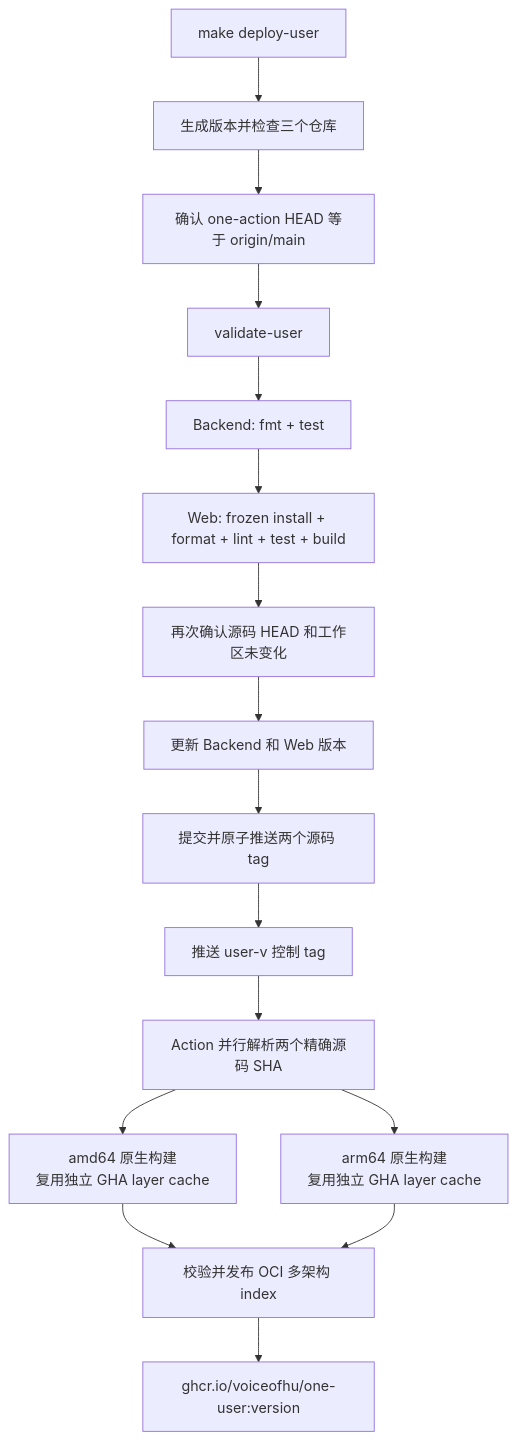
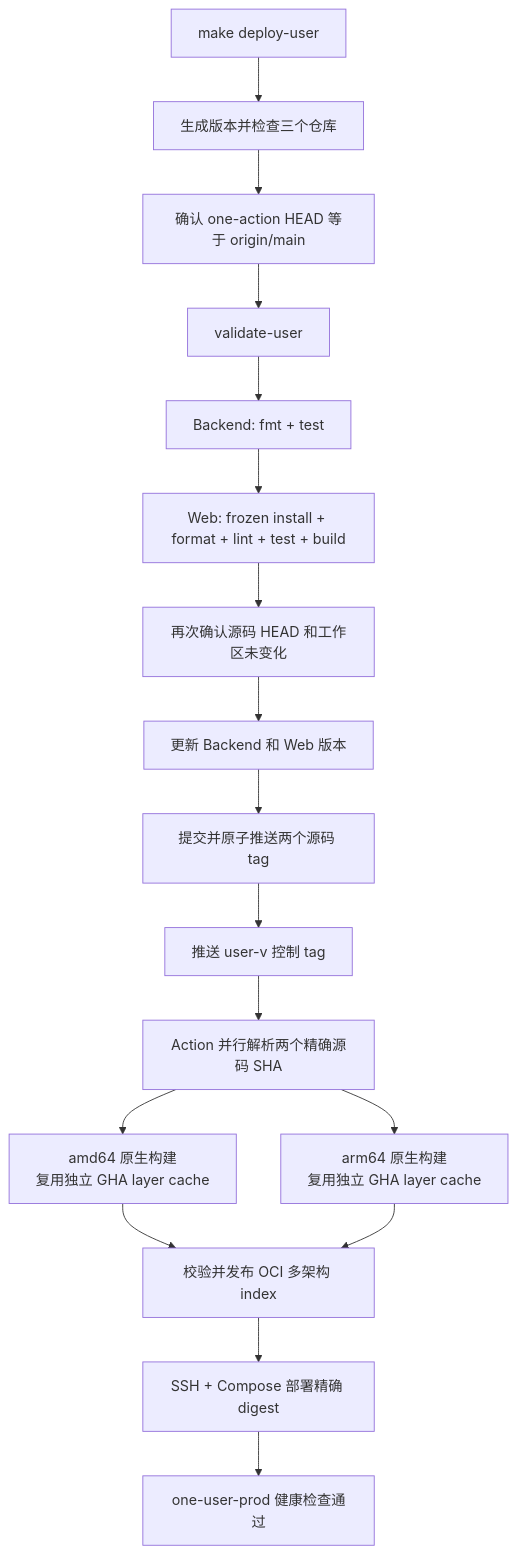
The diagram in README.md (voiceofhu/one-action), drawn with Mermaid before and after one commit. The commit also changed other lines of this file and 7 other files, not shown here.

Commit message:
feat: 添加 One User 部署工作流，更新相关脚本和文档

````diff
--- a/README.md
+++ b/README.md
@@ -33,18 +33,19 @@
 ```mermaid
 flowchart TD
     start[make deploy-user] --> plan[生成版本并检查三个仓库]
     plan --> action[确认 one-action HEAD 等于 origin/main]
     action --> contract[validate-user]
     contract --> backend[Backend: fmt + test]
     backend --> web[Web: frozen install + format + lint + test + build]
     web --> stable[再次确认源码 HEAD 和工作区未变化]
     stable --> version[更新 Backend 和 Web 版本]
     version --> source[提交并原子推送两个源码 tag]
     source --> control[推送 user-v 控制 tag]
     control --> resolve[Action 并行解析两个精确源码 SHA]
     resolve --> amd64[amd64 原生构建<br/>复用独立 GHA layer cache]
     resolve --> arm64[arm64 原生构建<br/>复用独立 GHA layer cache]
     amd64 --> index[校验并发布 OCI 多架构 index]
     arm64 --> index
-    index --> result[ghcr.io/voiceofhu/one-user:version]
+    index --> deploy[SSH + Compose 部署精确 digest]
+    deploy --> result[one-user-prod 健康检查通过]
 ```
````
